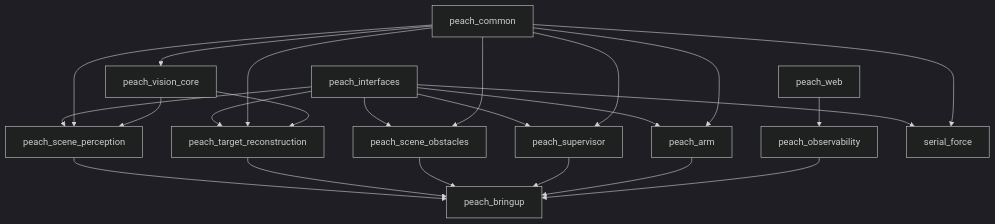
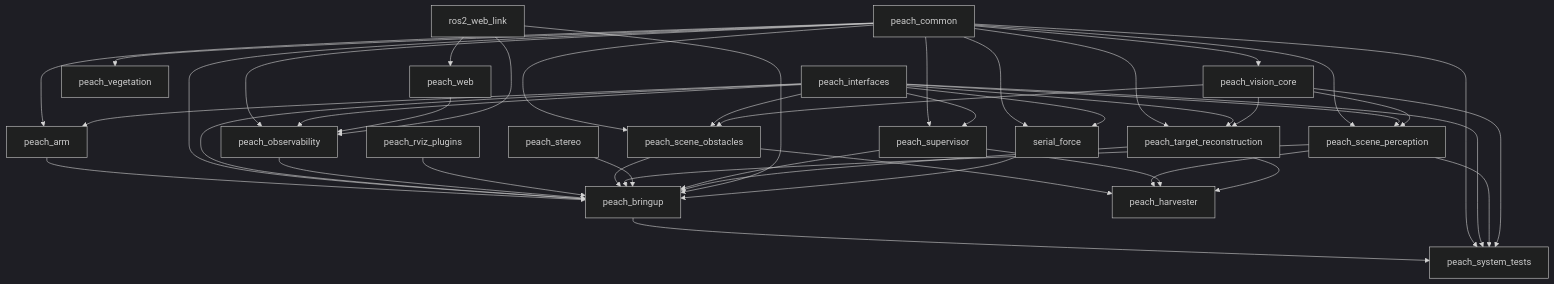
Before and after one commit to MUHAN11-c/aubo_boot: the diagram in docs/architecture/01-package-graph.md, drawn with Mermaid (dark theme). The commit also changed other lines of this file and 268 other files, not shown here.

````diff
--- a/docs/architecture/01-package-graph.md
+++ b/docs/architecture/01-package-graph.md
@@ -3,41 +5,65 @@
 ```mermaid
 flowchart TB
-  IF[peach_interfaces]
-  CM[peach_common]
-  VC[peach_vision_core]
-  SP[peach_scene_perception]
-  TR[peach_target_reconstruction]
-  SO[peach_scene_obstacles]
-  SUP[peach_supervisor]
   ARM[peach_arm]
   BR[peach_bringup]
+  CM[peach_common]
+  META[peach_harvester]
+  IF[peach_interfaces]
   OBS[peach_observability]
+  RVIZ[peach_rviz_plugins]
+  SO[peach_scene_obstacles]
+  SP[peach_scene_perception]
+  STEREO[peach_stereo]
+  SUP[peach_supervisor]
+  TEST[peach_system_tests]
+  TR[peach_target_reconstruction]
+  VEG[peach_vegetation]
+  VC[peach_vision_core]
   WEB[peach_web]
+  SDK[ros2_web_link]
   SF[serial_force]
 
+  CM --> ARM
+  IF --> ARM
+  ARM --> BR
+  CM --> BR
+  IF --> BR
+  OBS --> BR
+  RVIZ --> BR
+  SO --> BR
+  SP --> BR
+  STEREO --> BR
+  SUP --> BR
+  TR --> BR
+  SDK --> BR
+  SF --> BR
+  SO --> META
+  SP --> META
+  SUP --> META
+  TR --> META
+  CM --> OBS
+  IF --> OBS
+  WEB --> OBS
+  SDK --> OBS
+  CM --> SO
+  IF --> SO
+  VC --> SO
+  CM --> SP
   IF --> SP
+  VC --> SP
+  CM --> SUP
+  IF --> SUP
+  BR --> TEST
+  CM --> TEST
+  IF --> TEST
+  SP --> TEST
+  VC --> TEST
+  CM --> TR
   IF --> TR
-  IF --> SO
-  IF --> SUP
-  IF --> ARM
+  VC --> TR
+  CM --> VEG
+  CM --> VC
+  SDK --> WEB
+  CM --> SF
   IF --> SF
-
-  CM --> VC
-  CM --> SP
-  CM --> TR
-  CM --> SO
-  CM --> SUP
-  CM --> ARM
-  CM --> SF
-
-  VC --> SP
-  VC --> TR
-
-  SP --> BR
-  TR --> BR
-  SO --> BR
-  SUP --> BR
-  ARM --> BR
-  OBS --> BR
-  WEB --> OBS
 ```
````
